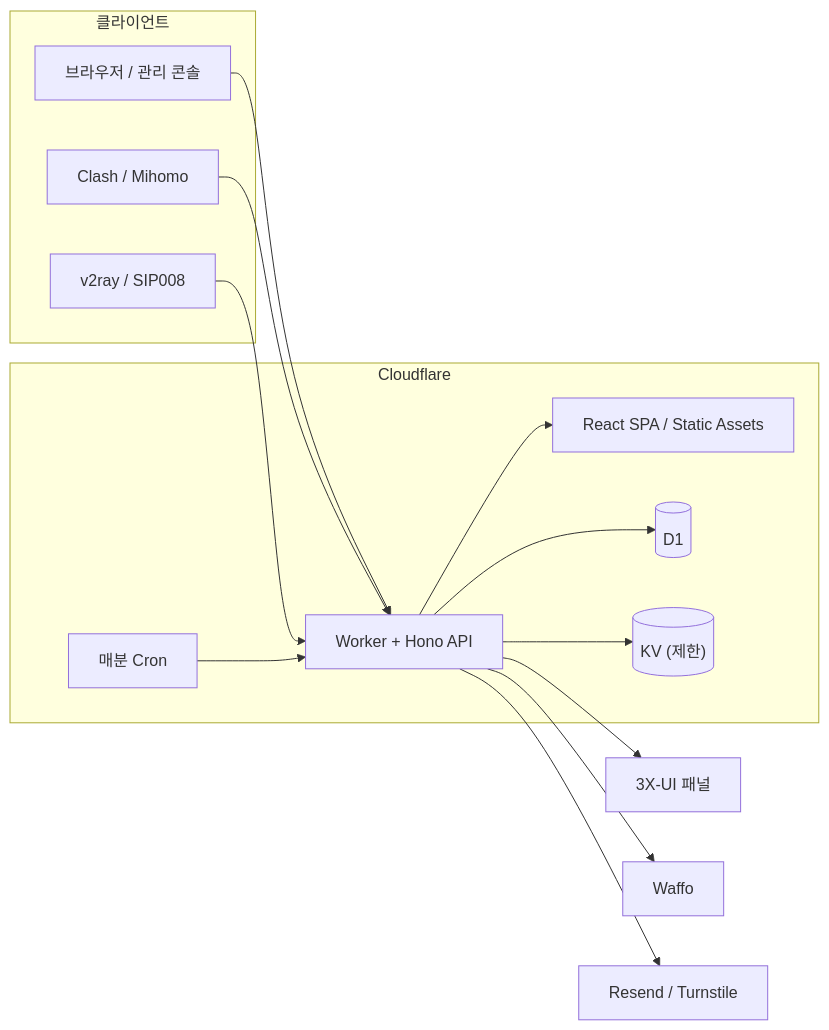
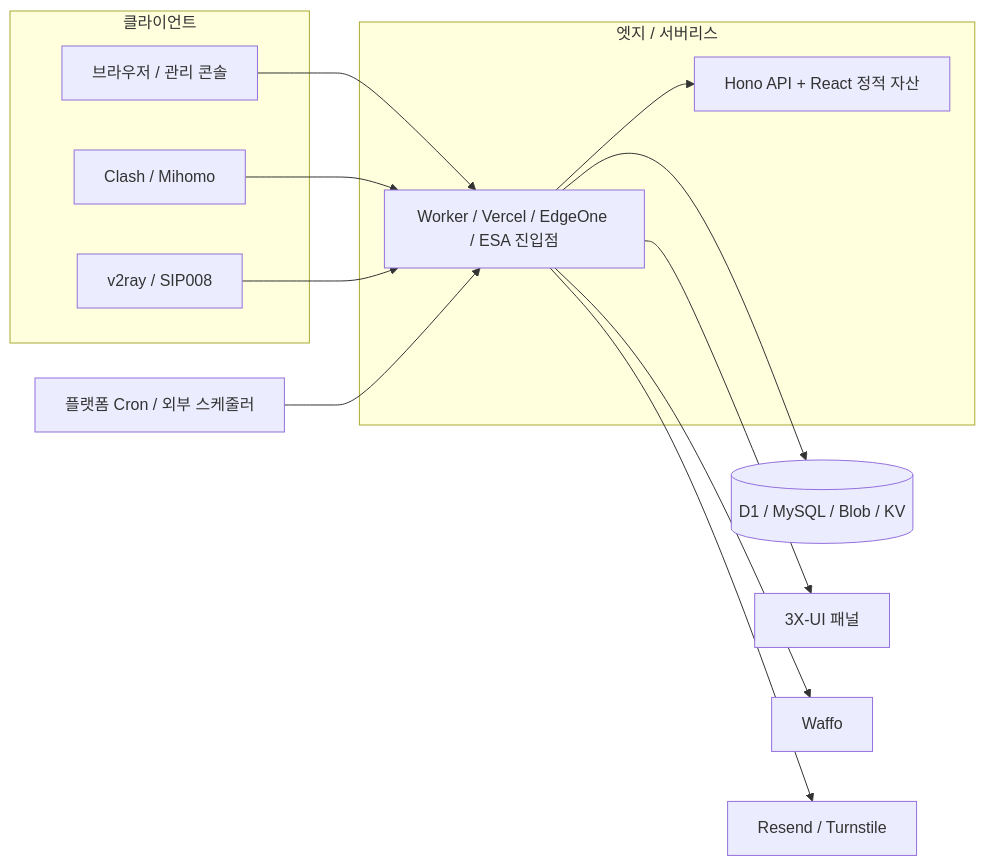
One commit to PIKACHUIM/3XUI-Manager changed the diagram in readmes/README_ko.md. Above: the diagram before and after it, drawn with Mermaid. The commit also changed other lines of this file and 40 other files, not shown here.

Commit message:
feat(platform): add Blob/KV and MySQL backends for Vercel, EdgeOne and ESA

````diff
--- a/readmes/README_ko.md
+++ b/readmes/README_ko.md
@@ -254,31 +297,29 @@
 ```mermaid
 flowchart LR
   subgraph Clients["클라이언트"]
     B["브라우저 / 관리 콘솔"]
     C["Clash / Mihomo"]
     V["v2ray / SIP008"]
   end
 
-  subgraph Edge["Cloudflare"]
-    W["Worker + Hono API"]
-    A["React SPA / Static Assets"]
-    D[("D1")]
-    K[("KV (제한)")]
-    T["매분 Cron"]
+  subgraph Platforms["엣지 / 서버리스"]
+    E["Worker / Vercel / EdgeOne / ESA 진입점"]
+    A["Hono API + React 정적 자산"]
   end
 
+  S[("D1 / MySQL / Blob / KV")]
+  T["플랫폼 Cron / 외부 스케줄러"]
   X["3X-UI 패널"]
   P["Waffo"]
   M["Resend / Turnstile"]
 
-  B --> W
-  C --> W
-  V --> W
-  W --> A
-  W --> D
-  W --> K
-  T --> W
-  W --> X
-  W --> P
-  W --> M
+  B --> E
+  C --> E
+  V --> E
+  E --> A
+  E --> S
+  T --> E
+  E --> X
+  E --> P
+  E --> M
 ```
````
